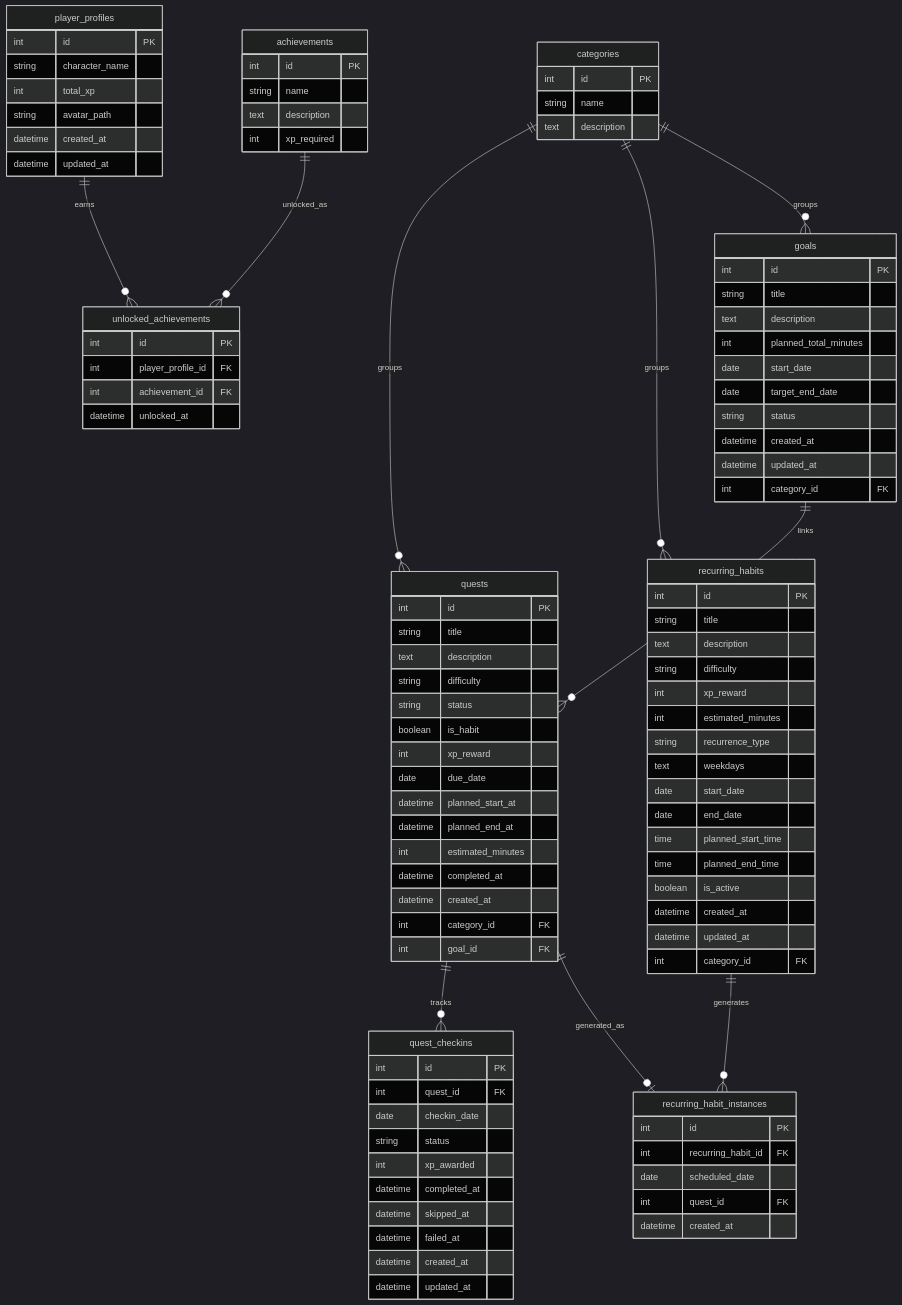
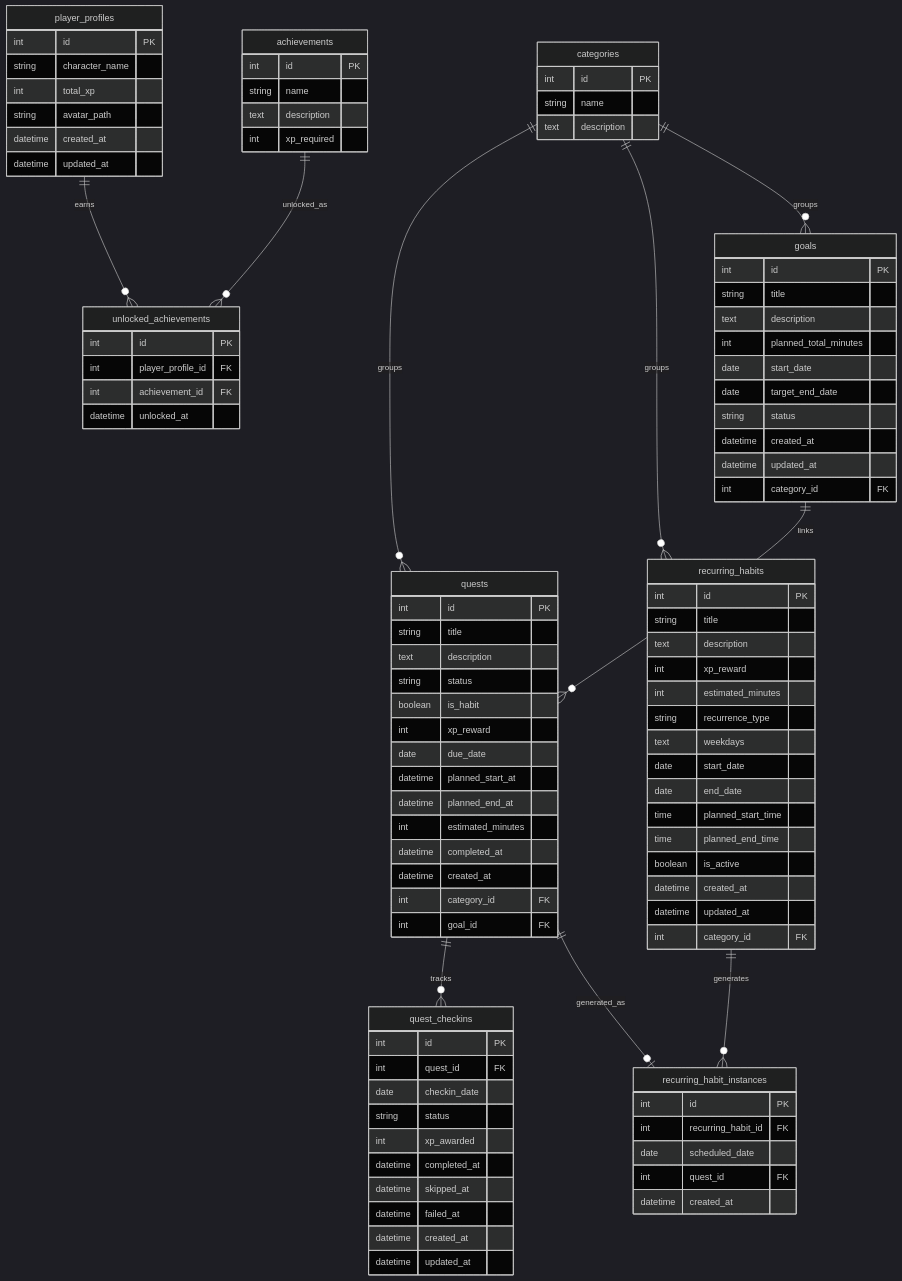
The diagram in docs/data_model.md (BaseMar/habit-quest-analytics), drawn with Mermaid (dark theme) before and after one commit. The commit also changed other lines of this file and 25 other files, not shown here.

```diff
--- a/docs/data_model.md
+++ b/docs/data_model.md
@@ -262,7 +260,6 @@
         int id PK
         string title
         text description
-        string difficulty
         string status
         boolean is_habit
         int xp_reward
@@ -306,7 +303,6 @@
         int id PK
         string title
         text description
-        string difficulty
         int xp_reward
         int estimated_minutes
         string recurrence_type
```
